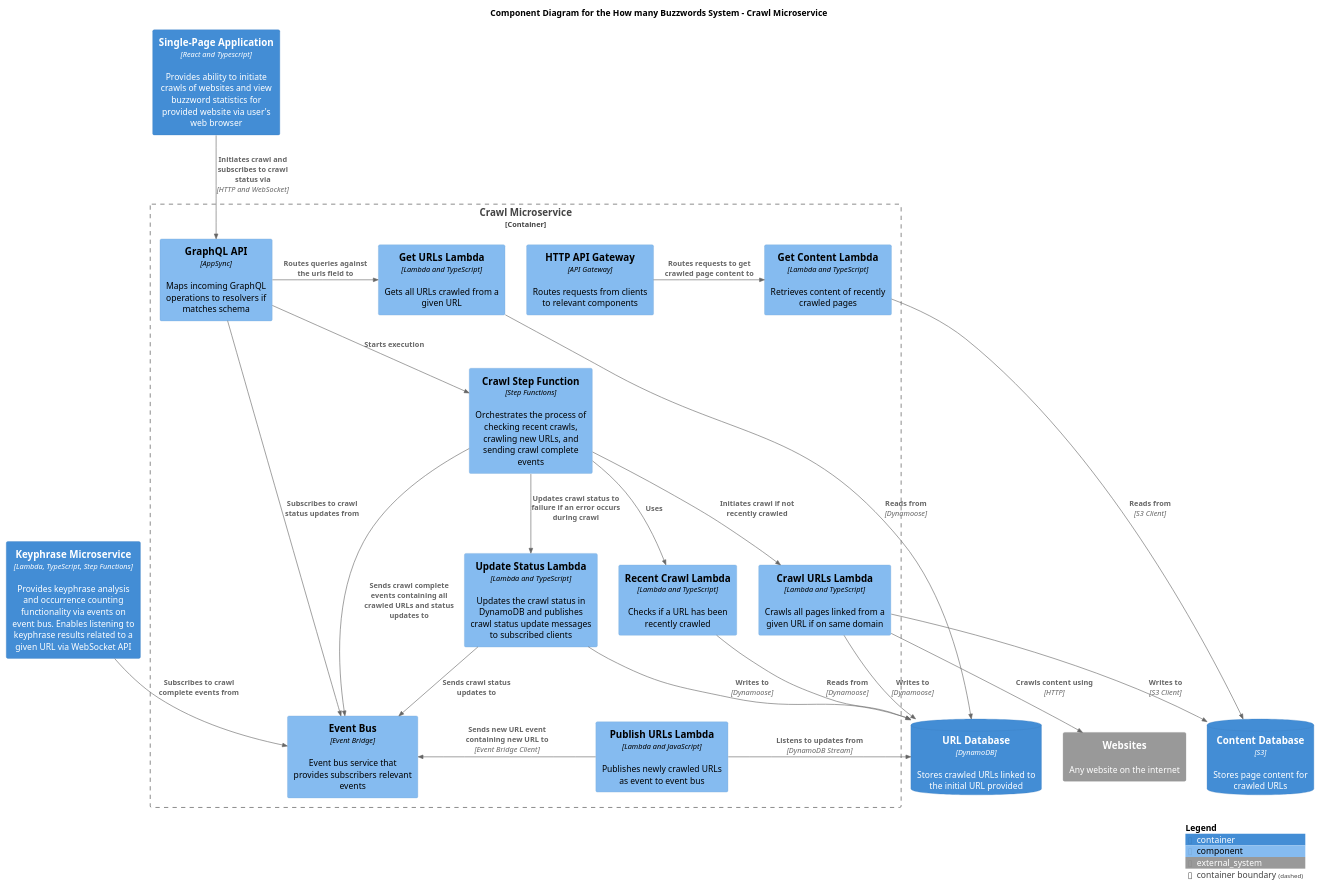
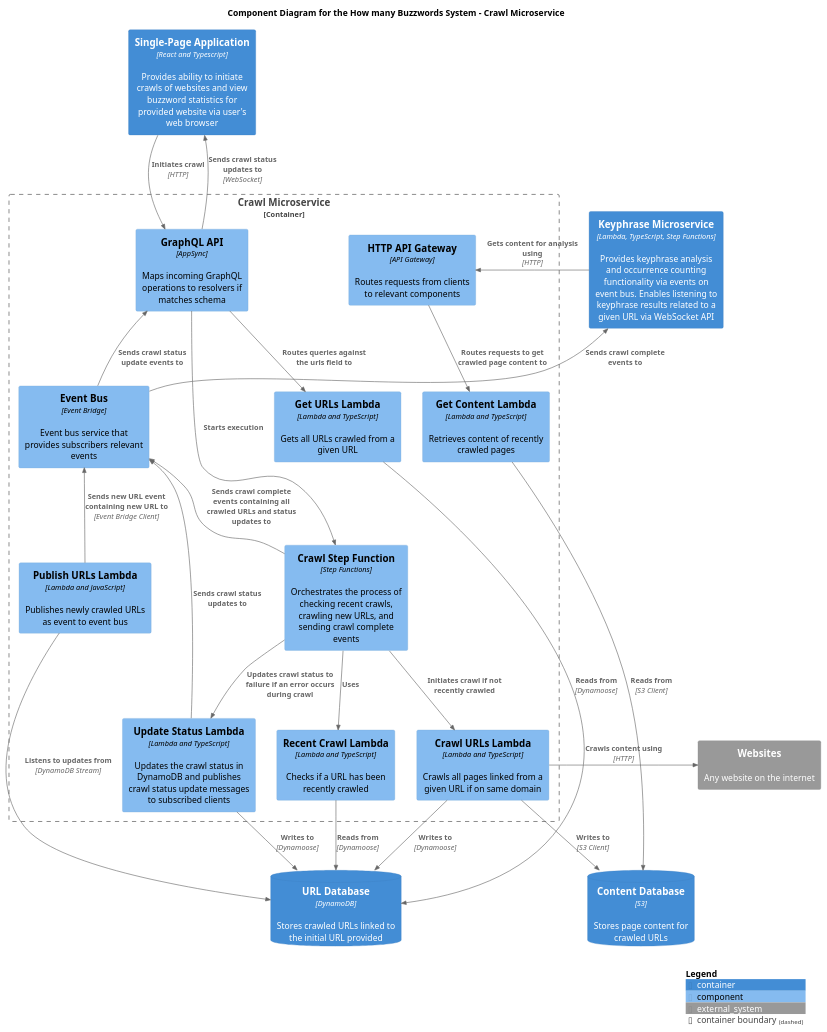
Before and after one commit to ashley-evans/how-many-buzzwords: the diagram in docs/c4-diagrams/buzzword-c4-component-crawl-microservice.puml, drawn with PlantUML. The commit also changed 1 other file, not shown here.

```diff
--- a/docs/c4-diagrams/buzzword-c4-component-crawl-microservice.puml
+++ b/docs/c4-diagrams/buzzword-c4-component-crawl-microservice.puml
@@ -1,61 +1,65 @@
 @startuml Buzzword C4 Component Diagram
 
 !include https://raw.githubusercontent.com/plantuml-stdlib/C4-PlantUML/master/C4_Component.puml
 
 title Component Diagram for the How many Buzzwords System - Crawl Microservice
 
 Container(single_page_application, "Single-Page Application", "React and Typescript", $descr="Provides ability to initiate crawls of websites and view buzzword statistics for provided website via user's web browser")
 Container(keyphrase_microservice, "Keyphrase Microservice", "Lambda, TypeScript, Step Functions", "Provides keyphrase analysis and occurrence counting functionality via events on event bus. Enables listening to keyphrase results related to a given URL via WebSocket API")
 
 Container_Boundary(crawl_microservice_boundary, "Crawl Microservice") {
     Component(api_gateway, "HTTP API Gateway", "API Gateway", "Routes requests from clients to relevant components")
     Component(graphql_api, "GraphQL API", "AppSync", "Maps incoming GraphQL operations to resolvers if matches schema")
     Component(step_function, "Crawl Step Function", "Step Functions", "Orchestrates the process of checking recent crawls, crawling new URLs, and sending crawl complete events")
     Component(recent_crawl_lambda, "Recent Crawl Lambda", "Lambda and TypeScript", "Checks if a URL has been recently crawled")
     Component(crawl_urls_lambda, "Crawl URLs Lambda", "Lambda and TypeScript", "Crawls all pages linked from a given URL if on same domain")
     Component(get_content_lambda, "Get Content Lambda", "Lambda and TypeScript", "Retrieves content of recently crawled pages")
     Component(get_urls_lambda, "Get URLs Lambda", "Lambda and TypeScript", "Gets all URLs crawled from a given URL")
     Component(publish_urls_lambda, "Publish URLs Lambda", "Lambda and JavaScript", "Publishes newly crawled URLs as event to event bus")
     Component(update_status_lambda, "Update Status Lambda", "Lambda and TypeScript", "Updates the crawl status in DynamoDB and publishes crawl status update messages to subscribed clients")
     Component(event_bus, "Event Bus", "Event Bridge", "Event bus service that provides subscribers relevant events")
 }
 
 ContainerDb(url_db, "URL Database", "DynamoDB", $descr="Stores crawled URLs linked to the initial URL provided")
 ContainerDb(content_db, "Content Database", "S3", $descr="Stores page content for crawled URLs")
 
 System_Ext(websites, "Websites", "Any website on the internet")
 
-Rel(single_page_application, graphql_api, "Initiates crawl and subscribes to crawl status via", "HTTP and WebSocket")
+Rel(single_page_application, graphql_api, "Initiates crawl", "HTTP")
 
+Rel(graphql_api, single_page_application, "Sends crawl status updates to", "WebSocket")
 Rel(graphql_api, step_function, "Starts execution")
-Rel_L(graphql_api, get_urls_lambda, "Routes queries against the urls field to")
+Rel(graphql_api, get_urls_lambda, "Routes queries against the urls field to")
 
-Rel_R(api_gateway, get_content_lambda, "Routes requests to get crawled page content to")
+Rel(api_gateway, get_content_lambda, "Routes requests to get crawled page content to")
 
 Rel(step_function, recent_crawl_lambda, "Uses")
 Rel(step_function, crawl_urls_lambda, "Initiates crawl if not recently crawled")
-Rel(step_function, event_bus, "Sends crawl complete events containing all crawled URLs and status updates to")
+Rel_U(step_function, event_bus, "Sends crawl complete events containing all crawled URLs and status updates to")
 Rel(step_function, update_status_lambda, "Updates crawl status to failure if an error occurs during crawl")
 
 Rel(recent_crawl_lambda, url_db, "Reads from", "Dynamoose")
 
 Rel(crawl_urls_lambda, url_db, "Writes to", "Dynamoose")
 Rel(crawl_urls_lambda, content_db, "Writes to", "S3 Client")
-Rel(crawl_urls_lambda, websites, "Crawls content using", "HTTP")
+Rel_R(crawl_urls_lambda, websites, "Crawls content using", "HTTP")
 
 Rel(get_urls_lambda, url_db, "Reads from", "Dynamoose")
 
 Rel(get_content_lambda, content_db, "Reads from", "S3 Client")
 
-Rel_R(publish_urls_lambda, url_db, "Listens to updates from", "DynamoDB Stream")
-Rel_L(publish_urls_lambda, event_bus, "Sends new URL event containing new URL to", "Event Bridge Client")
+Rel(publish_urls_lambda, url_db, "Listens to updates from", "DynamoDB Stream")
+Rel_U(publish_urls_lambda, event_bus, "Sends new URL event containing new URL to", "Event Bridge Client")
 
 Rel(update_status_lambda, url_db, "Writes to", "Dynamoose")
-Rel(update_status_lambda, event_bus, "Sends crawl status updates to")
+Rel_U(update_status_lambda, event_bus, "Sends crawl status updates to")
 
-Rel(keyphrase_microservice, event_bus, "Subscribes to crawl complete events from")
-Rel(graphql_api, event_bus, "Subscribes to crawl status updates from")
+Rel_U(event_bus, keyphrase_microservice, "Sends crawl complete events to")
+Rel_U(keyphrase_microservice, api_gateway, "Gets content for analysis using", "HTTP")
+
+Rel_U(event_bus, graphql_api, "Sends crawl status update events to")
+
 
 SHOW_LEGEND()
 
 @enduml
```
